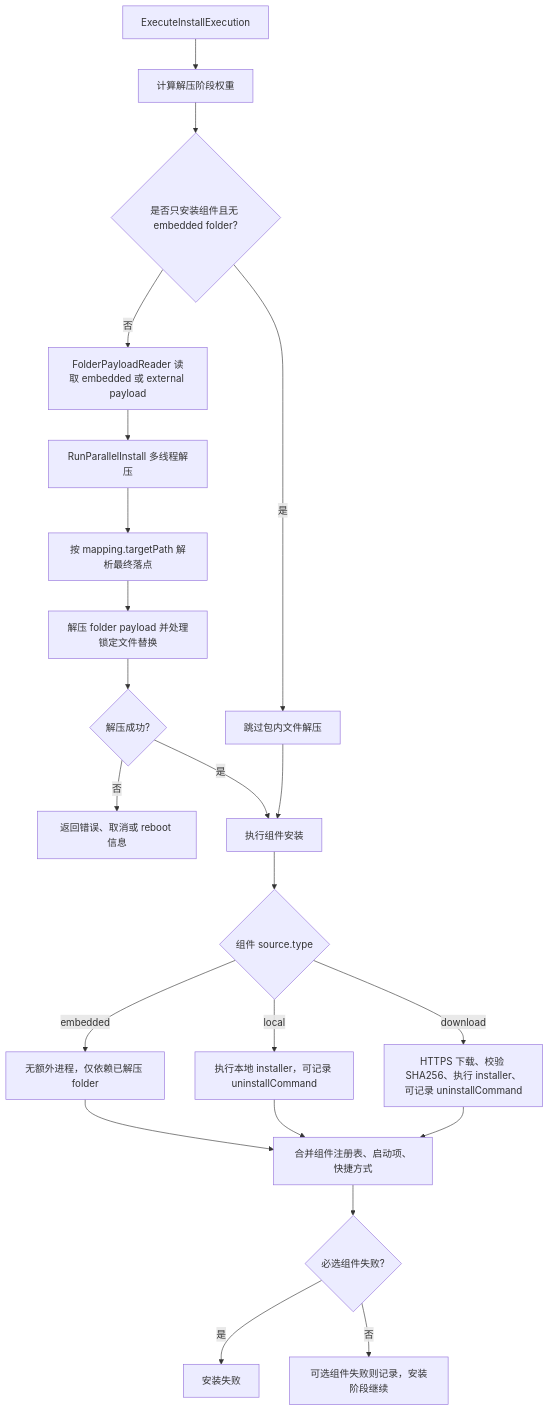
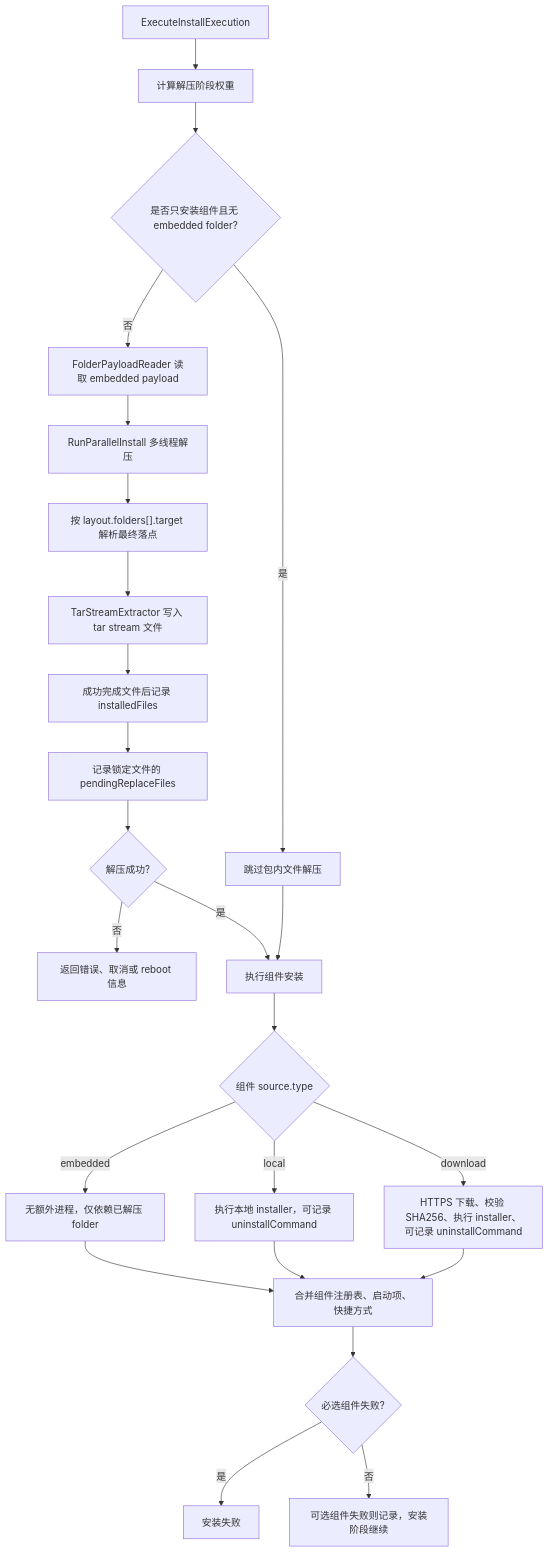
Before and after one commit to lu020218/Multi-Threaded_Installer: the eighth of 11 diagrams in docs/安装器流程图.md, drawn with Mermaid. The commit also changed other lines of this file and 1 other file, not shown here.

Commit message:
更新流程图文档

````diff
--- a/docs/安装器流程图.md
+++ b/docs/安装器流程图.md
@@ -149,24 +167,26 @@
 ```mermaid
 flowchart TD
-    A[ExecuteInstallExecution] --> B[计算解压阶段权重]
-    B --> C{是否只安装组件且无 embedded folder?}
-    C -->|是| C1[跳过包内文件解压]
-    C -->|否| D[FolderPayloadReader 读取 embedded 或 external payload]
-    D --> E[RunParallelInstall 多线程解压]
-    E --> F[按 mapping.targetPath 解析最终落点]
-    F --> G[解压 folder payload 并处理锁定文件替换]
-    G --> H{解压成功?}
-    H -->|否| H1[返回错误、取消或 reboot 信息]
-    H -->|是| I[执行组件安装]
-    C1 --> I
-    I --> J{组件 source.type}
-    J -->|embedded| J1[无额外进程，仅依赖已解压 folder]
-    J -->|local| J2[执行本地 installer，可记录 uninstallCommand]
-    J -->|download| J3[HTTPS 下载、校验 SHA256、执行 installer、可记录 uninstallCommand]
-    J1 --> K[合并组件注册表、启动项、快捷方式]
-    J2 --> K
-    J3 --> K
-    K --> L{必选组件失败?}
-    L -->|是| L1[安装失败]
-    L -->|否| M[可选组件失败则记录，安装阶段继续]
+    A["ExecuteInstallExecution"] --> B["计算解压阶段权重"]
+    B --> C{"是否只安装组件且无 embedded folder?"}
+    C -->|是| C1["跳过包内文件解压"]
+    C -->|否| D["FolderPayloadReader 读取 embedded payload"]
+    D --> E["RunParallelInstall 多线程解压"]
+    E --> F["按 layout.folders[].target 解析最终落点"]
+    F --> G["TarStreamExtractor 写入 tar stream 文件"]
+    G --> H["成功完成文件后记录 installedFiles"]
+    H --> I["记录锁定文件的 pendingReplaceFiles"]
+    I --> J{"解压成功?"}
+    J -->|否| J1["返回错误、取消或 reboot 信息"]
+    J -->|是| K["执行组件安装"]
+    C1 --> K
+    K --> L{"组件 source.type"}
+    L -->|embedded| L1["无额外进程，仅依赖已解压 folder"]
+    L -->|local| L2["执行本地 installer，可记录 uninstallCommand"]
+    L -->|download| L3["HTTPS 下载、校验 SHA256、执行 installer、可记录 uninstallCommand"]
+    L1 --> M["合并组件注册表、启动项、快捷方式"]
+    L2 --> M
+    L3 --> M
+    M --> N{"必选组件失败?"}
+    N -->|是| N1["安装失败"]
+    N -->|否| O["可选组件失败则记录，安装阶段继续"]
 ```
````
